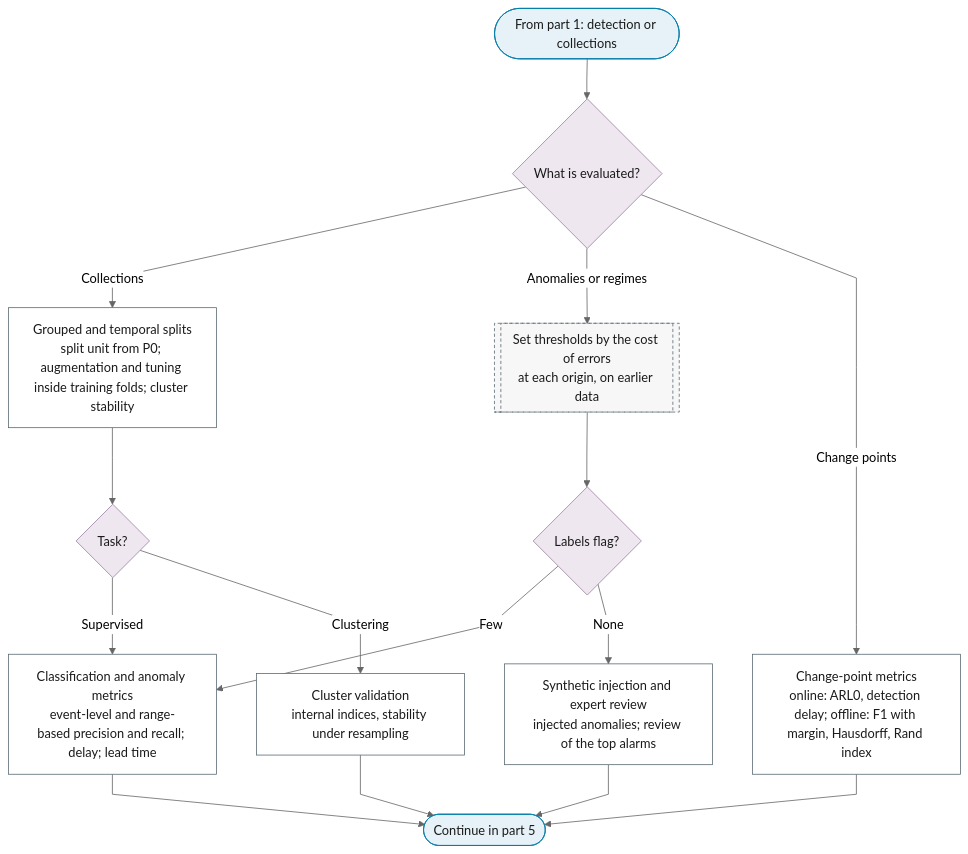
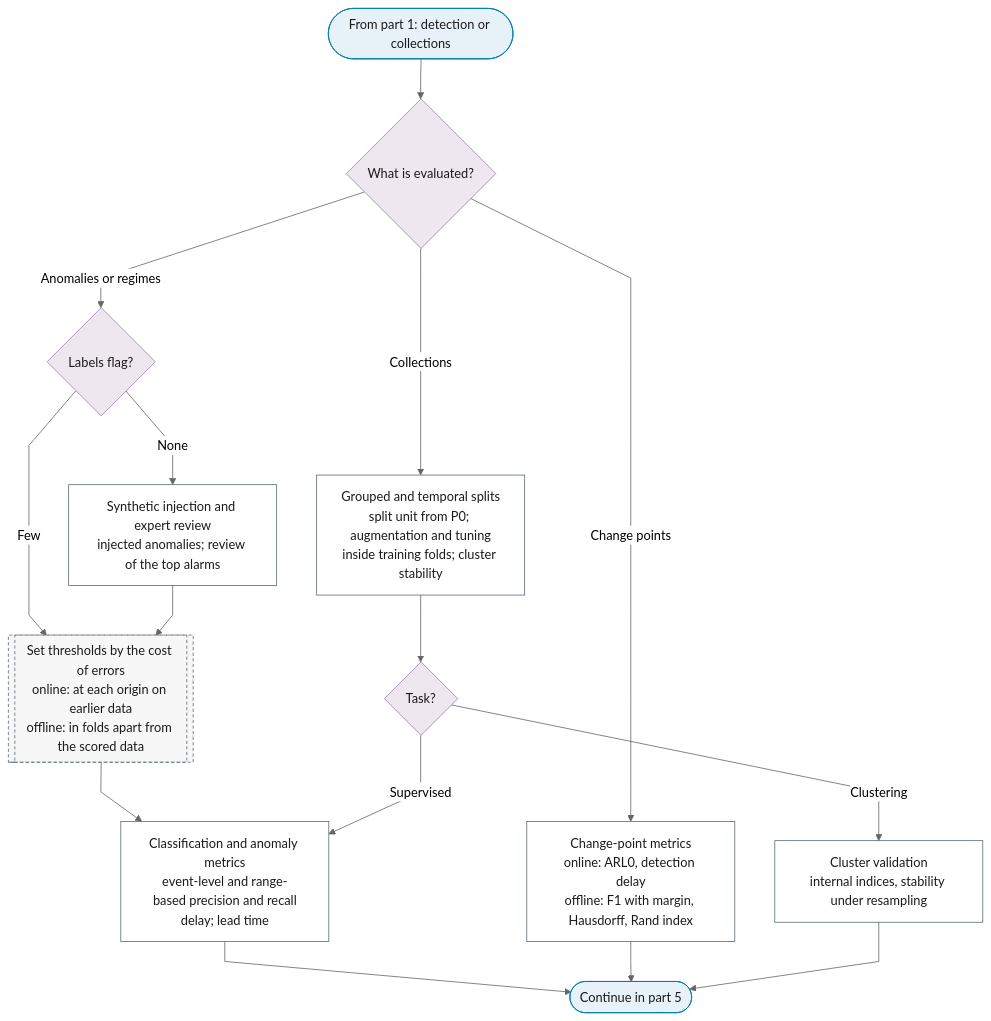
Before and after one commit to Shuxin-Y/time-series-analysis-manual: the third of 5 diagrams in docs/01-workflow/p10-evaluation-selection.md, drawn with Mermaid (neutral theme). The commit also changed 12 other files, not shown here.

````diff
--- a/docs/01-workflow/p10-evaluation-selection.md
+++ b/docs/01-workflow/p10-evaluation-selection.md
@@ -61,27 +61,28 @@
 ```mermaid
 %%{init: {"flowchart": {"curve": "linear"}}}%%
 graph TD
     P10_PART_3_IN(["From part 1: detection or collections"]) --> P10_EVENTS{"What is evaluated?"}
-    P10_EVENTS -->|"Collections"| P10_GROUPED_SPLITS["Grouped and temporal splits<br/>split unit from P0; augmentation and tuning inside training folds; cluster stability"]
-    P10_EVENTS -->|"Anomalies or regimes"| P0_AN_THRESHOLD[["Set thresholds by the cost of errors<br/>at each origin, on earlier data"]]
-    P0_AN_THRESHOLD --> P10_LABELS{"Labels flag?"}
-    P10_EVENTS -->|"Change points"| P10_CHANGE_POINT_METRICS["Change-point metrics<br/>online: ARL0, detection delay; offline: F1 with margin, Hausdorff, Rand index"]
-    P10_LABELS -->|"Few"| P10_CLASSIFICATION_METRICS["Classification and anomaly metrics<br/>event-level and range-based precision and recall; delay; lead time"]
+    P10_EVENTS -->|"Collections"| P10_GROUPED_SPLITS["Grouped and temporal splits<br/>split unit from P0; augmentation and tuning<br/>inside training folds; cluster stability"]
+    P10_EVENTS -->|"Anomalies or regimes"| P10_LABELS{"Labels flag?"}
+    P10_EVENTS -->|"Change points"| P10_CHANGE_POINT_METRICS["Change-point metrics<br/>online: ARL0, detection delay<br/>offline: F1 with margin, Hausdorff, Rand index"]
+    P10_LABELS -->|"Few"| P0_AN_THRESHOLD[["Set thresholds by the cost of errors<br/>online: at each origin on earlier data<br/>offline: in folds apart from the scored data"]]
     P10_LABELS -->|"None"| P10_UNLABELLED["Synthetic injection and expert review<br/>injected anomalies; review of the top alarms"]
+    P10_UNLABELLED --> P0_AN_THRESHOLD
+    P0_AN_THRESHOLD --> P10_CLASSIFICATION_METRICS["Classification and anomaly metrics<br/>event-level and range-based precision and recall<br/>delay; lead time"]
     P10_GROUPED_SPLITS --> P10_COLLECTION_TASK{"Task?"}
     P10_COLLECTION_TASK -->|"Supervised"| P10_CLASSIFICATION_METRICS
     P10_COLLECTION_TASK -->|"Clustering"| P10_CLUSTER_VALIDATION["Cluster validation<br/>internal indices, stability under resampling"]
-    P10_CLASSIFICATION_METRICS & P10_UNLABELLED & P10_CHANGE_POINT_METRICS & P10_CLUSTER_VALIDATION --> P10_PART_3_OUT(["Continue in part 5"])
+    P10_CLASSIFICATION_METRICS & P10_CHANGE_POINT_METRICS & P10_CLUSTER_VALIDATION --> P10_PART_3_OUT(["Continue in part 5"])
     class P10_PART_3_IN,P10_PART_3_OUT terminator
     class P10_EVENTS,P10_LABELS,P10_COLLECTION_TASK decision
     class P0_AN_THRESHOLD ref
     class P10_GROUPED_SPLITS,P10_CHANGE_POINT_METRICS,P10_CLASSIFICATION_METRICS,P10_UNLABELLED,P10_CLUSTER_VALIDATION process
     classDef terminator fill:#E6F2F7,stroke:#007BA7,color:#1A1A1A;
     classDef process fill:#FFFFFF,stroke:#5A6B73,color:#1A1A1A;
     classDef decision fill:#EFE7F0,stroke:#9B7FA7,color:#1A1A1A;
     classDef data fill:#FFF4E0,stroke:#C9A55E,color:#1A1A1A;
     classDef good fill:#DCEFD8,stroke:#4A7A3F,color:#1A1A1A;
     classDef escalate fill:#FFE9C2,stroke:#C9A55E,color:#1A1A1A;
     classDef problem fill:#F2D9DE,stroke:#800020,color:#1A1A1A;
     classDef ref fill:#F7F7F7,stroke:#5A6B73,color:#1A1A1A,stroke-dasharray:4 3;
 ```
````
